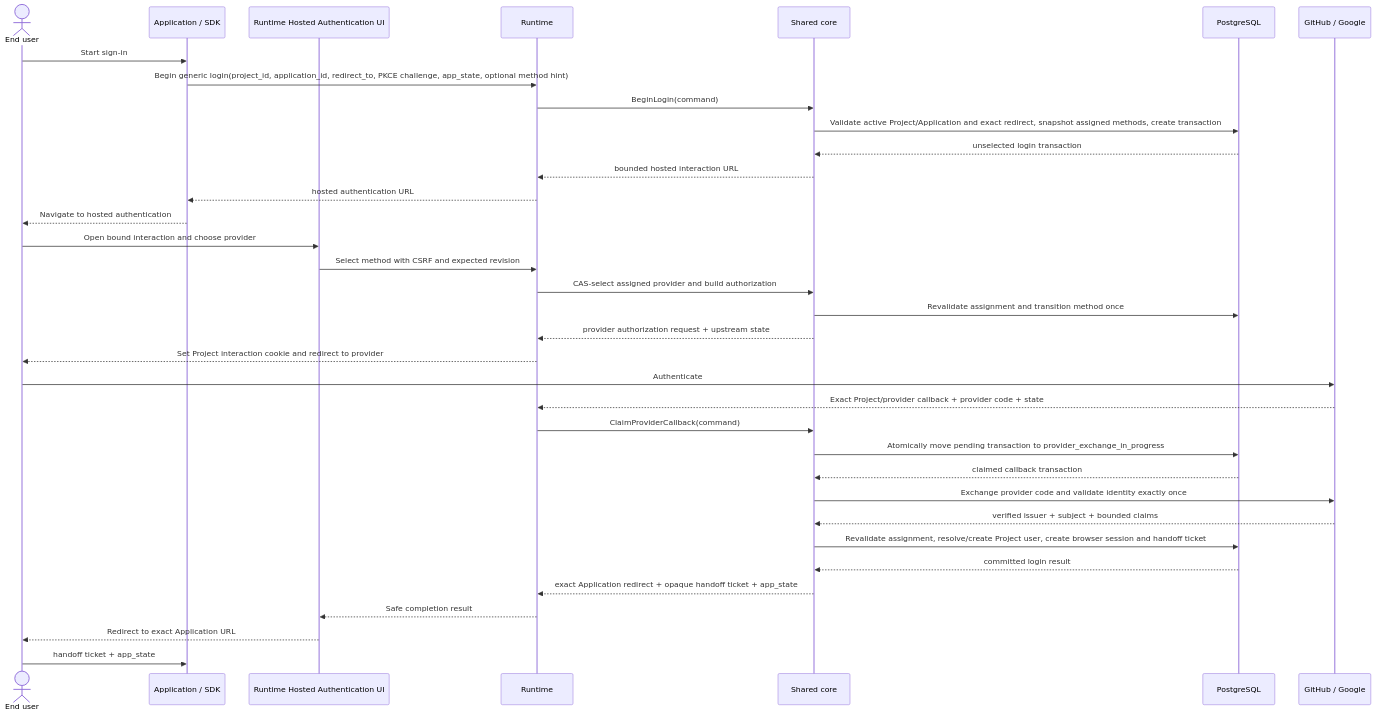
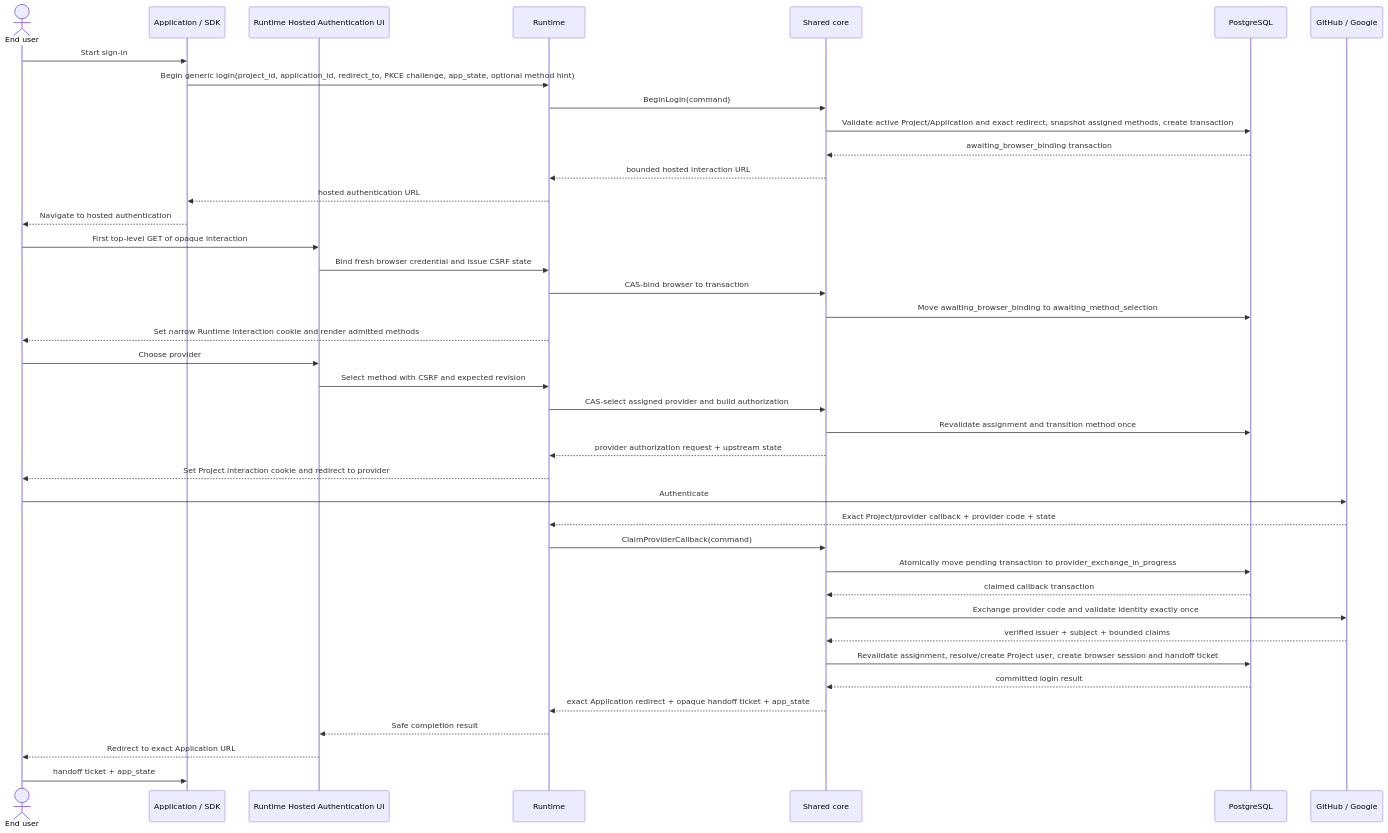
Before and after one commit to owlfoundry/owlauth: the first of 3 diagrams in spec/03-project-auth-flows-and-security-invariants.md, drawn with Mermaid. The commit also changed other lines of this file and 76 other files, not shown here.

````diff
--- a/spec/03-project-auth-flows-and-security-invariants.md
+++ b/spec/03-project-auth-flows-and-security-invariants.md
@@ -61,38 +61,43 @@
 ```mermaid
 sequenceDiagram
     actor User as End user
     participant App as Application / SDK
     participant Hosted as Runtime Hosted Authentication UI
     participant Runtime
     participant Core as Shared core
     participant PG as PostgreSQL
     participant Provider as GitHub / Google
 
     User->>App: Start sign-in
     App->>Runtime: Begin generic login(project_id, application_id, redirect_to, PKCE challenge, app_state, optional method hint)
     Runtime->>Core: BeginLogin(command)
     Core->>PG: Validate active Project/Application and exact redirect, snapshot assigned methods, create transaction
-    PG-->>Core: unselected login transaction
+    PG-->>Core: awaiting_browser_binding transaction
     Core-->>Runtime: bounded hosted interaction URL
     Runtime-->>App: hosted authentication URL
     App-->>User: Navigate to hosted authentication
-    User->>Hosted: Open bound interaction and choose provider
+    User->>Hosted: First top-level GET of opaque interaction
+    Hosted->>Runtime: Bind fresh browser credential and issue CSRF state
+    Runtime->>Core: CAS-bind browser to transaction
+    Core->>PG: Move awaiting_browser_binding to awaiting_method_selection
+    Runtime-->>User: Set narrow Runtime interaction cookie and render admitted methods
+    User->>Hosted: Choose provider
     Hosted->>Runtime: Select method with CSRF and expected revision
     Runtime->>Core: CAS-select assigned provider and build authorization
     Core->>PG: Revalidate assignment and transition method once
     Core-->>Runtime: provider authorization request + upstream state
     Runtime-->>User: Set Project interaction cookie and redirect to provider
     User->>Provider: Authenticate
     Provider-->>Runtime: Exact Project/provider callback + provider code + state
     Runtime->>Core: ClaimProviderCallback(command)
     Core->>PG: Atomically move pending transaction to provider_exchange_in_progress
     PG-->>Core: claimed callback transaction
     Core->>Provider: Exchange provider code and validate identity exactly once
     Provider-->>Core: verified issuer + subject + bounded claims
     Core->>PG: Revalidate assignment, resolve/create Project user, create browser session and handoff ticket
     PG-->>Core: committed login result
     Core-->>Runtime: exact Application redirect + opaque handoff ticket + app_state
     Runtime-->>Hosted: Safe completion result
     Hosted-->>User: Redirect to exact Application URL
     User->>App: handoff ticket + app_state
 ```
````
